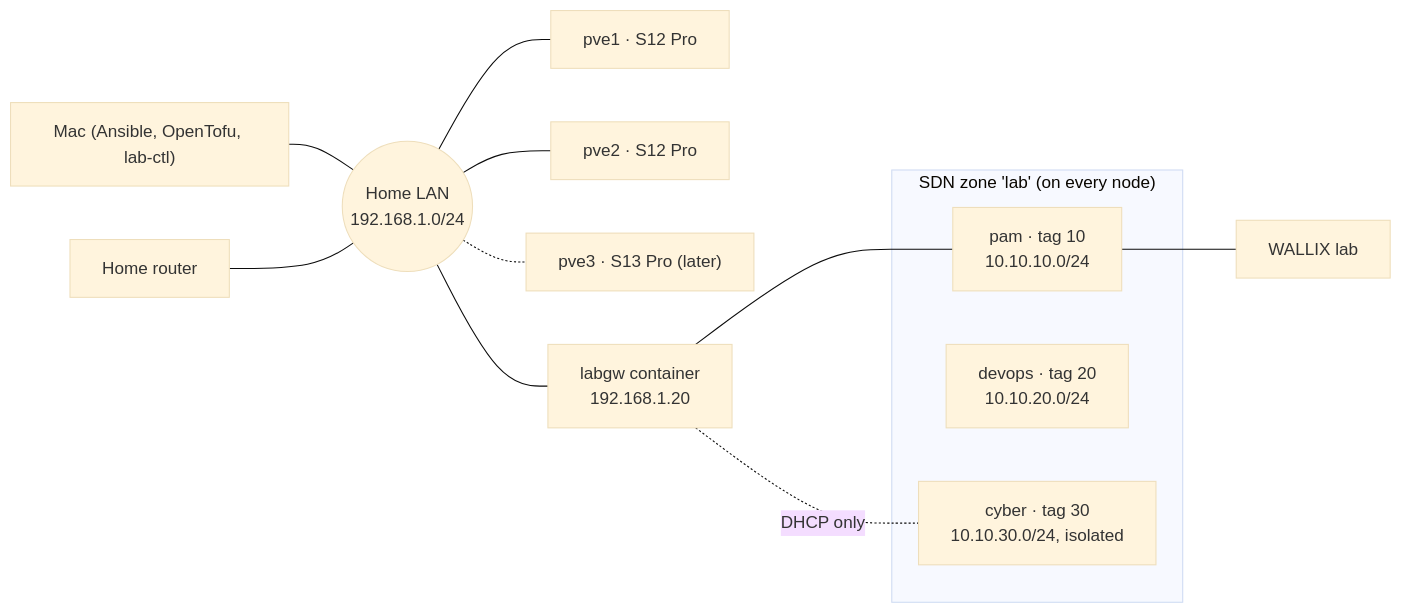
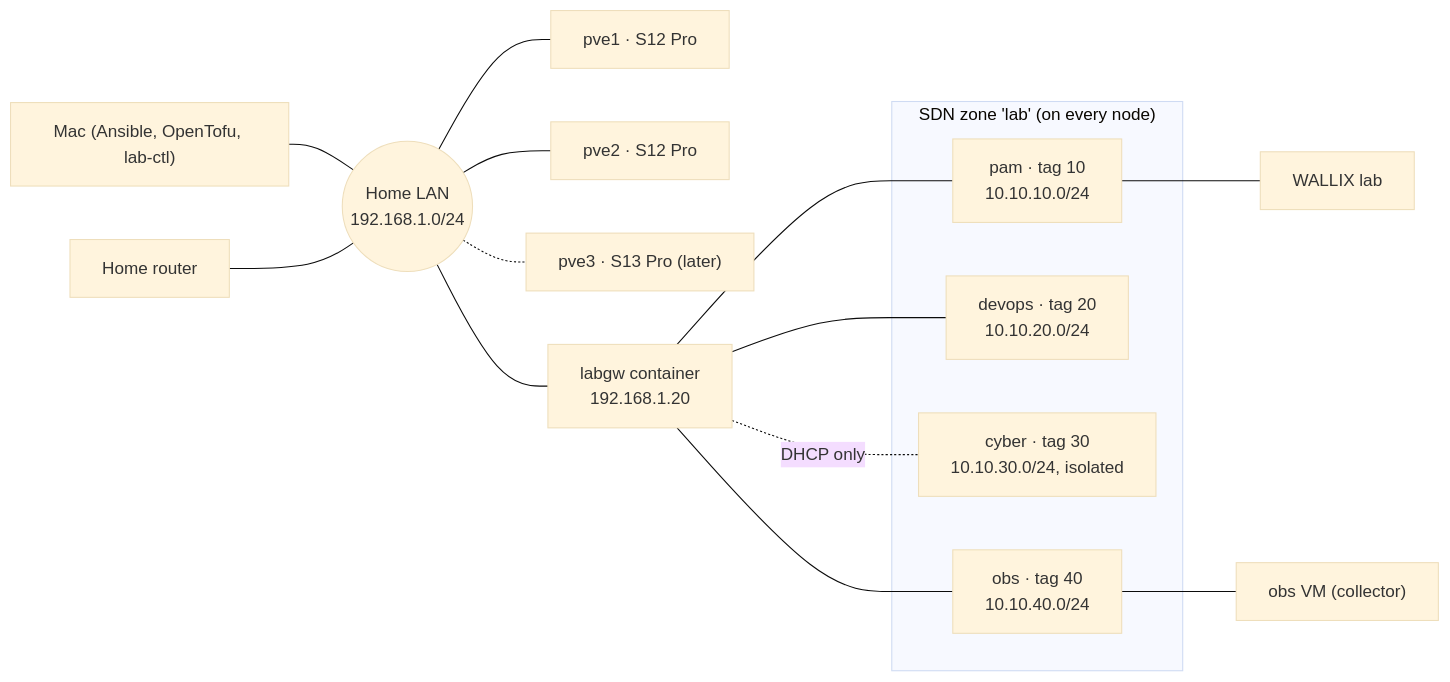
The diagram in docs/02-network.md (morandeirachema/Lab), drawn with Mermaid (base theme) before and after one commit. The commit also changed other lines of this file and 6 other files, not shown here.

````diff
--- a/docs/02-network.md
+++ b/docs/02-network.md
@@ -6,17 +6,21 @@
 ```mermaid
 flowchart LR
   mac["Mac (Ansible, OpenTofu, lab-ctl)"] --- lan
   router["Home router"] --- lan(("Home LAN<br/>192.168.1.0/24"))
   lan --- pve1["pve1 · S12 Pro"]
   lan --- pve2["pve2 · S12 Pro"]
   lan -.- pve3["pve3 · S13 Pro (later)"]
   lan --- labgw["labgw container<br/>192.168.1.20"]
   subgraph zone["SDN zone 'lab' (on every node)"]
     pam["pam · tag 10<br/>10.10.10.0/24"]
     devops["devops · tag 20<br/>10.10.20.0/24"]
     cyber["cyber · tag 30<br/>10.10.30.0/24, isolated"]
+    obsnet["obs · tag 40<br/>10.10.40.0/24"]
   end
   labgw --- pam
+  labgw --- devops
   labgw -. DHCP only .- cyber
+  labgw --- obsnet
   pam --- wallix["WALLIX lab"]
+  obsnet --- obsvm["obs VM (collector)"]
 ```
````
